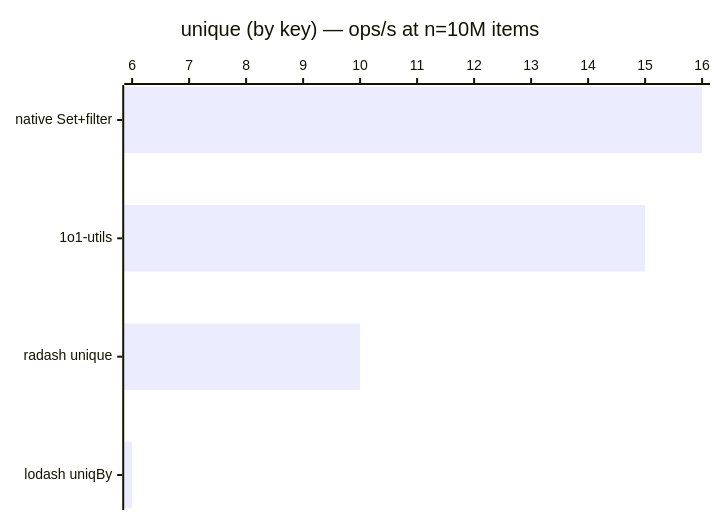
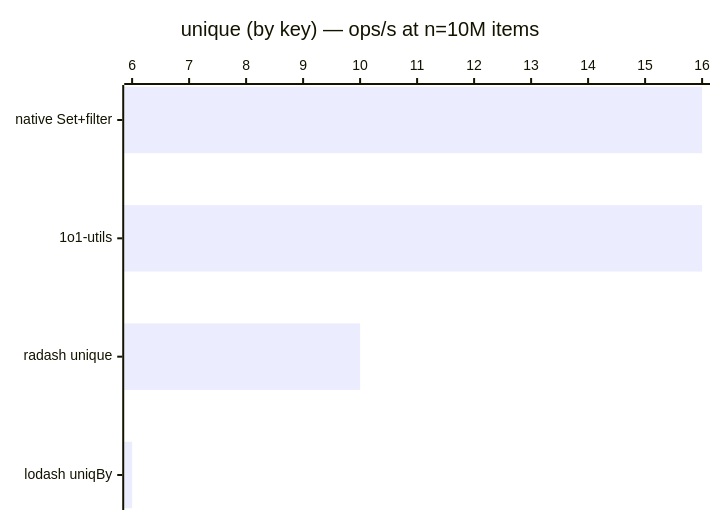
The diagram in benchmarks/unique.md (pedrotroccoli/1o1-utils), drawn with Mermaid before and after one commit. The commit also changed other lines of this file and 5 other files, not shown here.

````diff
--- a/benchmarks/unique.md
+++ b/benchmarks/unique.md
@@ -17,6 +17,6 @@
 ```mermaid
 xychart-beta horizontal
   title "unique (by key) — ops/s at n=10M items"
   x-axis ["native Set+filter", "1o1-utils", "radash unique", "lodash uniqBy"]
-  bar [16, 15, 10, 6]
+  bar [16, 16, 10, 6]
 ```
````
